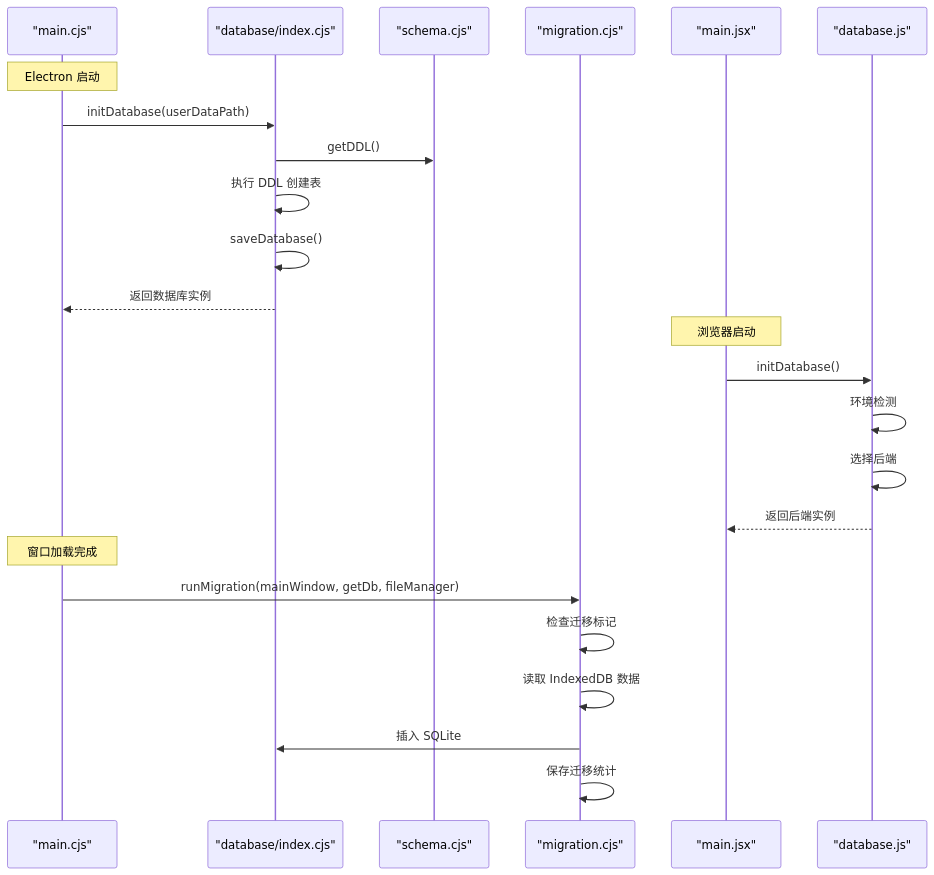
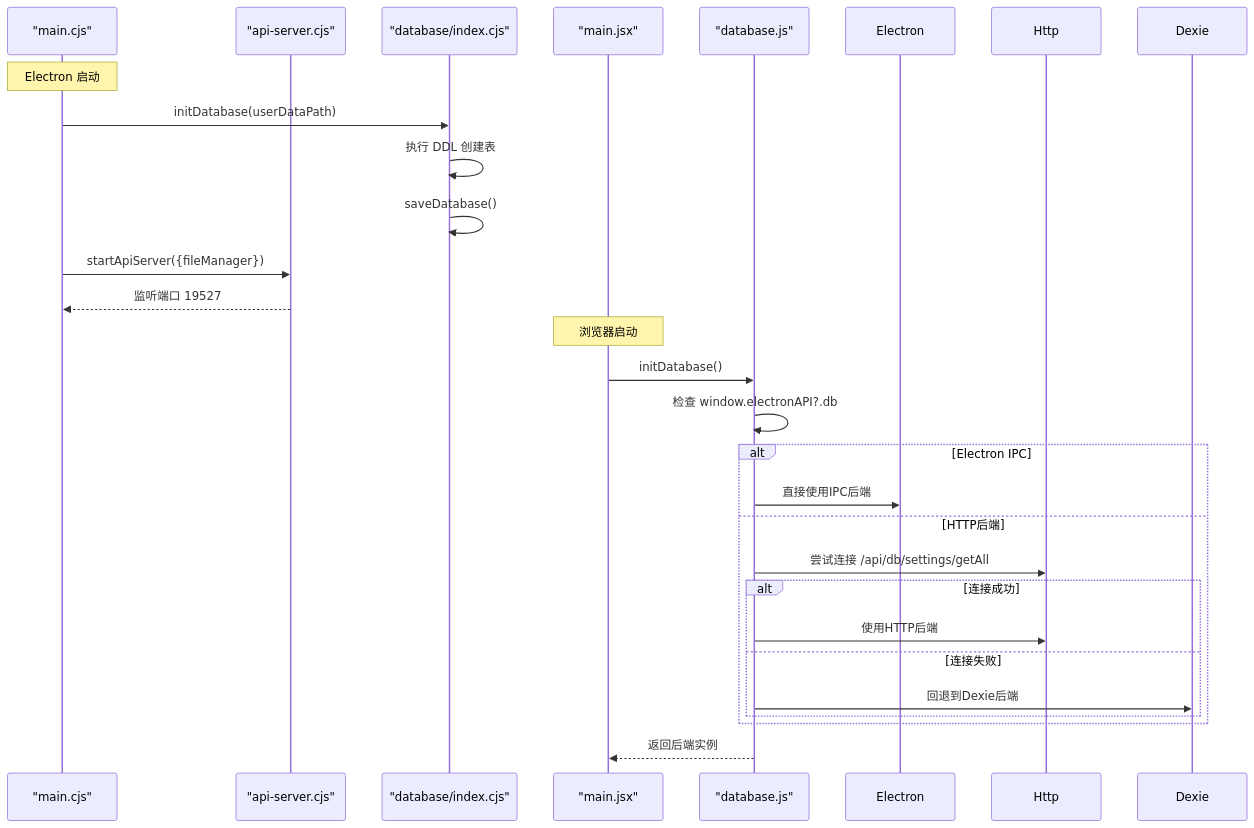
Before and after one commit to AlbusWei/AI-Image-Studio: the sixth of 10 diagrams in .qoder/repowiki/zh/content/架构设计/数据流设计/数据库持久化.md, drawn with Mermaid. The commit also changed other lines of this file and 26 other files, not shown here.

First line of the commit message:
fix: 修复 Electron 模式下 Gallery 无法显示图片的 3 个断裂点

````diff
--- a/.qoder/repowiki/zh/content/架构设计/数据流设计/数据库持久化.md
+++ b/.qoder/repowiki/zh/content/架构设计/数据流设计/数据库持久化.md
@@ -297,26 +379,28 @@
 ```mermaid
 sequenceDiagram
 participant Main as "main.cjs"
+participant ApiServer as "api-server.cjs"
 participant DBIndex as "database/index.cjs"
-participant Schema as "schema.cjs"
-participant Migration as "migration.cjs"
 participant Renderer as "main.jsx"
 participant Facade as "database.js"
 Note over Main : Electron 启动
 Main->>DBIndex : initDatabase(userDataPath)
-DBIndex->>Schema : getDDL()
 DBIndex->>DBIndex : 执行 DDL 创建表
 DBIndex->>DBIndex : saveDatabase()
-DBIndex-->>Main : 返回数据库实例
+Main->>ApiServer : startApiServer({fileManager})
+ApiServer-->>Main : 监听端口 19527
 Note over Renderer : 浏览器启动
 Renderer->>Facade : initDatabase()
-Facade->>Facade : 环境检测
-Facade->>Facade : 选择后端
+Facade->>Facade : 检查 window.electronAPI?.db
+alt Electron IPC
+Facade->>Electron : 直接使用IPC后端
+else HTTP后端
+Facade->>Http : 尝试连接 /api/db/settings/getAll
+alt 连接成功
+Facade->>Http : 使用HTTP后端
+else 连接失败
+Facade->>Dexie : 回退到Dexie后端
+end
+end
 Facade-->>Renderer : 返回后端实例
-Note over Main : 窗口加载完成
-Main->>Migration : runMigration(mainWindow, getDb, fileManager)
-Migration->>Migration : 检查迁移标记
-Migration->>Migration : 读取 IndexedDB 数据
-Migration->>DBIndex : 插入 SQLite
-Migration->>Migration : 保存迁移统计
 ```
````
